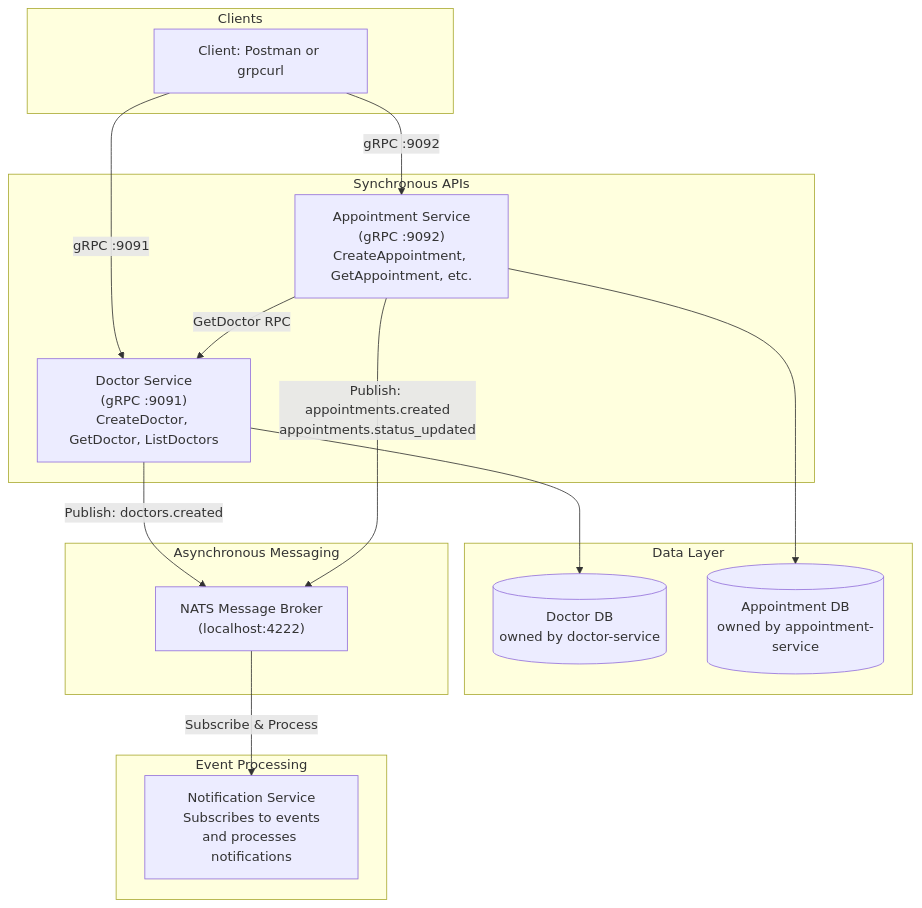
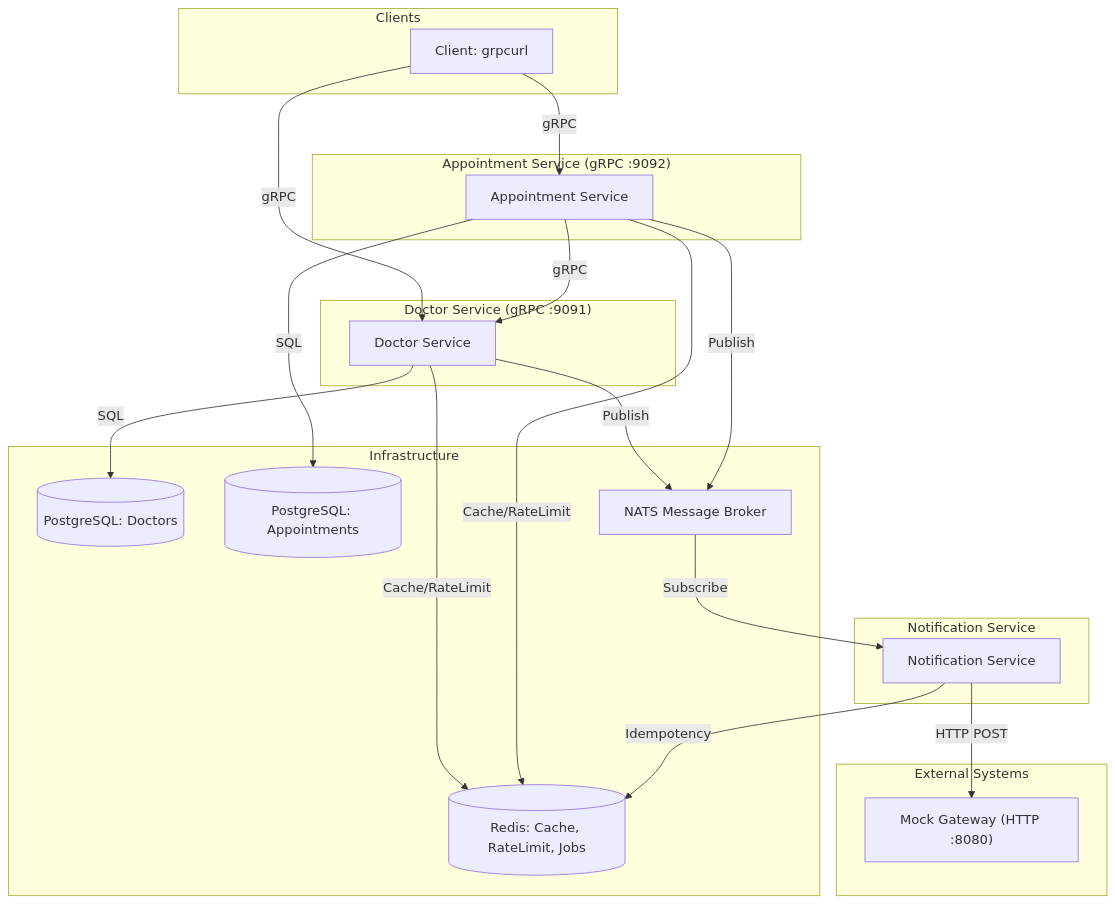
One commit to QosmuratSamat0/doctor changed the diagram in README.md. Above: the diagram before and after it, drawn with Mermaid. The commit also changed other lines of this file and 26 other files, not shown here.

````diff
--- a/README.md
+++ b/README.md
@@ -25,34 +15,45 @@
 ```mermaid
 graph TB
     subgraph "Clients"
-        C[Client: Postman or grpcurl]
+        C[Client: grpcurl]
     end
     
-    subgraph "Synchronous APIs"
-        DS["Doctor Service<br/>(gRPC :9091)<br/>CreateDoctor, GetDoctor, ListDoctors"]
-        AS["Appointment Service<br/>(gRPC :9092)<br/>CreateAppointment, GetAppointment, etc."]
+    subgraph "Infrastructure"
+        DDB[(PostgreSQL: Doctors)]
+        ADB[(PostgreSQL: Appointments)]
+        REDIS[(Redis: Cache, RateLimit, Jobs)]
+        NATS["NATS Message Broker"]
+    end
+
+    subgraph "Doctor Service (gRPC :9091)"
+        DS[Doctor Service]
     end
     
-    subgraph "Data Layer"
-        DDB[(Doctor DB<br/>owned by doctor-service)]
-        ADB[(Appointment DB<br/>owned by appointment-service)]
+    subgraph "Appointment Service (gRPC :9092)"
+        AS[Appointment Service]
     end
     
-    subgraph "Asynchronous Messaging"
-        NATS["NATS Message Broker<br/>(localhost:4222)"]
+    subgraph "Notification Service"
+        NS[Notification Service]
     end
     
-    subgraph "Event Processing"
-        NS["Notification Service<br/>Subscribes to events<br/>and processes notifications"]
+    subgraph "External Systems"
+        MG["Mock Gateway (HTTP :8080)"]
     end
+
+    C -->|gRPC| DS
+    C -->|gRPC| AS
     
-    C -->|gRPC :9091| DS
-    C -->|gRPC :9092| AS
-    DS --> DDB
-    AS --> ADB
-    AS -->|GetDoctor RPC| DS
+    DS -->|SQL| DDB
+    DS -->|Cache/RateLimit| REDIS
+    DS -->|Publish| NATS
     
-    DS -->|Publish: doctors.created| NATS
-    AS -->|Publish: appointments.created<br/>appointments.status_updated| NATS
-    NATS -->|Subscribe & Process| NS
+    AS -->|SQL| ADB
+    AS -->|Cache/RateLimit| REDIS
+    AS -->|Publish| NATS
+    AS -->|gRPC| DS
+    
+    NATS -->|Subscribe| NS
+    NS -->|Idempotency| REDIS
+    NS -->|HTTP POST| MG
 ```
````
